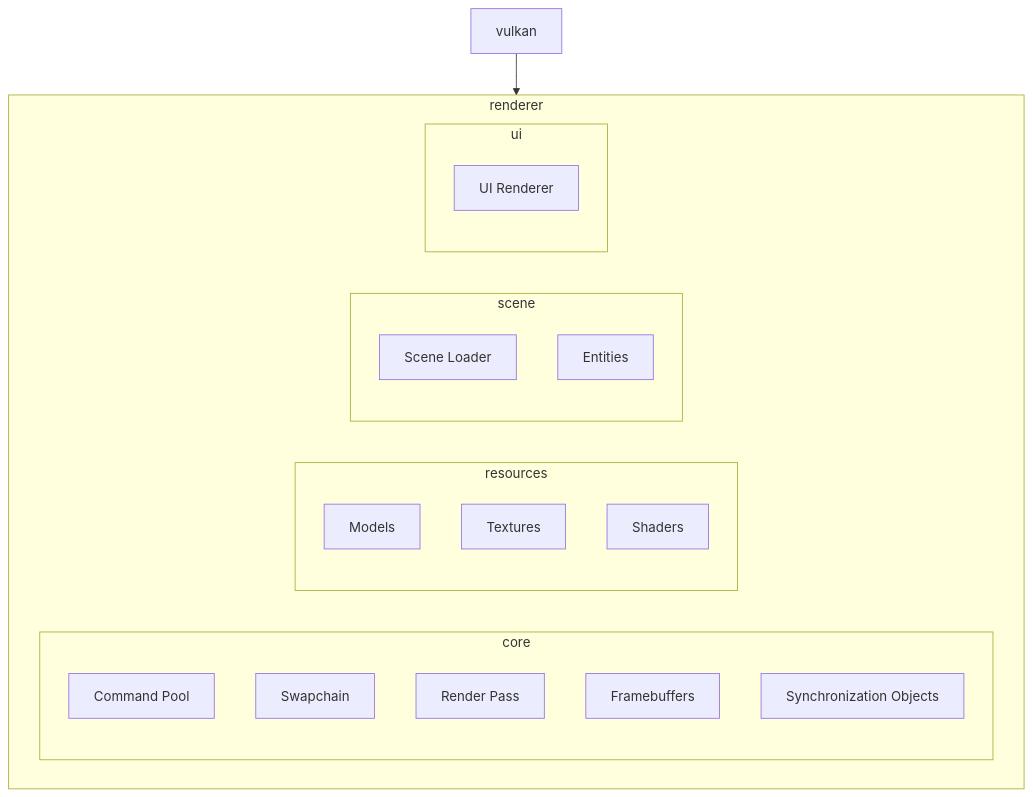
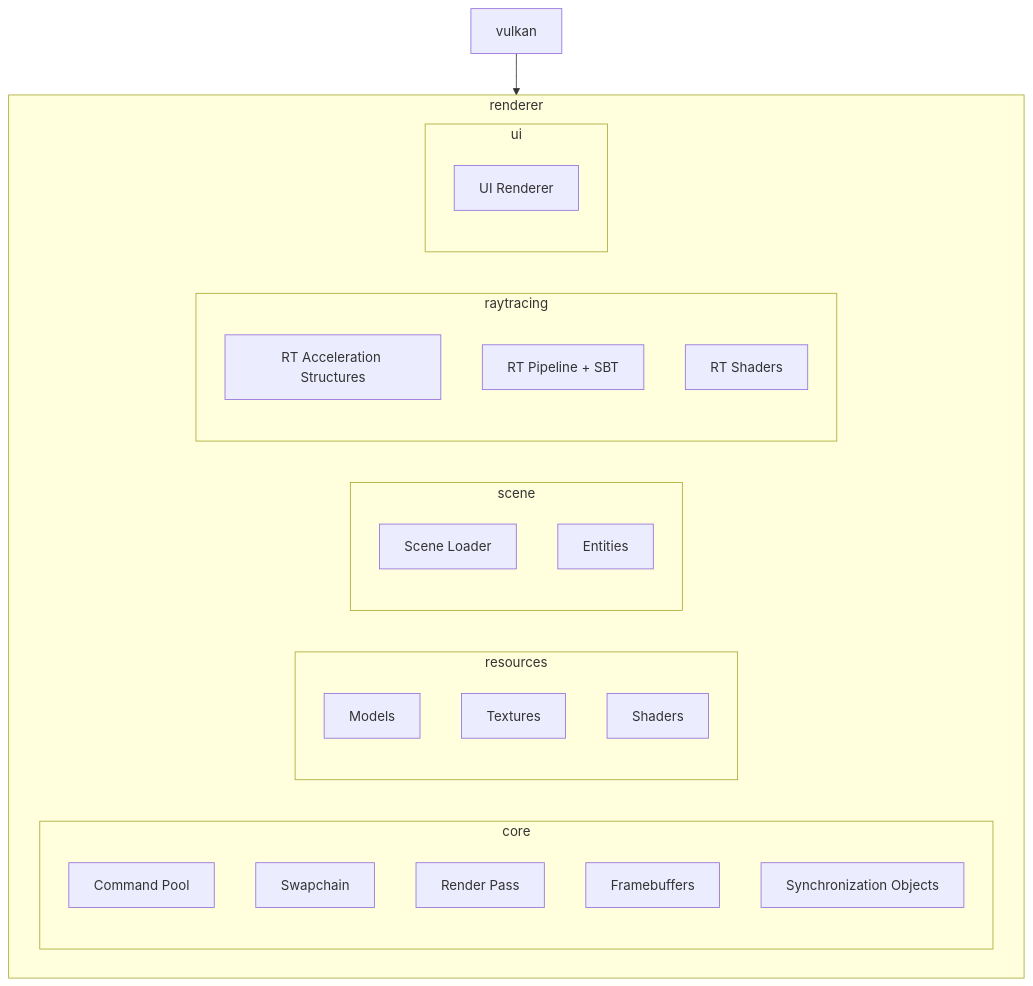
Before and after one commit to mukarramarif/MukkiGamesEngine: the diagram in README.md, drawn with Mermaid. The commit also changed other lines of this file and 6 other files, not shown here.

````diff
--- a/README.md
+++ b/README.md
@@ -73,25 +86,30 @@
 ```mermaid
 flowchart TD
   vulkan--> renderer
   subgraph renderer
 	   subgraph core
 	   		commandPool[Command Pool]
 		swapchain[Swapchain]
 		renderPass[Render Pass]
 		framebuffers[Framebuffers]
 		syncObjects[Synchronization Objects]
 	   end
 	   subgraph resources
 		models[Models]
 		textures[Textures]
 		shaders[Shaders]
 	   end
 	   subgraph scene
 		sceneLoader[Scene Loader]
 		entities[Entities]
 	   end
+	   subgraph raytracing
+		raytracingAS[RT Acceleration Structures]
+		raytracingPipeline[RT Pipeline + SBT]
+		raytracingShader[RT Shaders]
+	   end
 	   subgraph ui
 		uiRenderer[UI Renderer]
 	   end
   end
 ```
````
